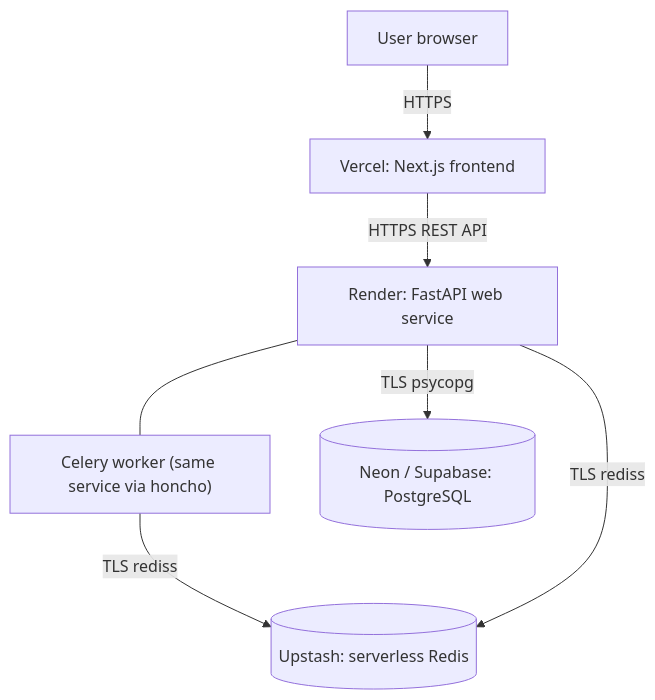
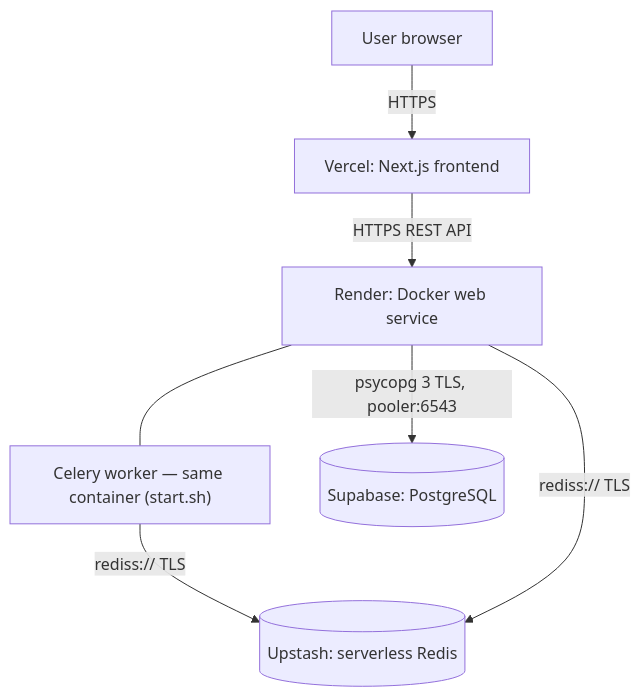
The first of 3 diagrams in README.md (AdityaKishore0698/payment-wallet-app), drawn with Mermaid before and after one commit. The commit also changed other lines of this file and 3 other files, not shown here.

````diff
--- a/README.md
+++ b/README.md
@@ -22,9 +22,9 @@
 ```mermaid
 graph TD
     User["User browser"] -->|HTTPS| Vercel["Vercel: Next.js frontend"]
-    Vercel -->|"HTTPS REST API"| Render["Render: FastAPI web service"]
-    Render --- Worker["Celery worker (same service via honcho)"]
-    Render -->|"TLS psycopg"| DB[("Neon / Supabase: PostgreSQL")]
-    Worker -->|"TLS rediss"| Redis[("Upstash: serverless Redis")]
-    Render -->|"TLS rediss"| Redis
+    Vercel -->|"HTTPS REST API"| Render["Render: Docker web service"]
+    Render --- Worker["Celery worker — same container (start.sh)"]
+    Render -->|"psycopg 3 TLS, pooler:6543"| DB[("Supabase: PostgreSQL")]
+    Worker -->|"rediss:// TLS"| Redis[("Upstash: serverless Redis")]
+    Render -->|"rediss:// TLS"| Redis
 ```
````
